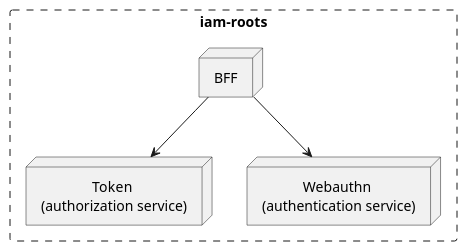
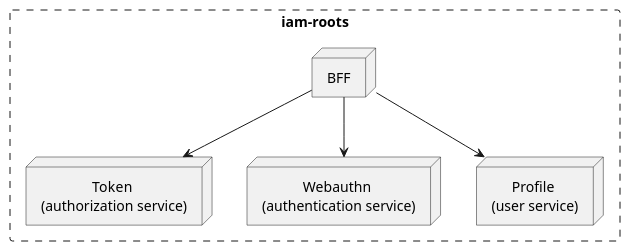
Before and after one commit to areugoh/proto: the first of 3 diagrams in proto/iam-roots/api/v1/design-doc.md, drawn with PlantUML. The commit also changed other lines of this file, not shown here.

Commit message:
change(iam-roots): add profile service

````diff
--- a/proto/iam-roots/api/v1/design-doc.md
+++ b/proto/iam-roots/api/v1/design-doc.md
@@ -7,15 +7,17 @@
 ```plantuml
 @startuml structure-details
 skinparam monochome false
 skinparam BoxPadding 10
 skinparam defaultTextAlignment center
 
 rectangle iam-roots #line.dashed {
     node "BFF" as BFF
     node "Token \n(authorization service)" as T
     node "Webauthn \n(authentication service)" as WA
+    node "Profile \n(user service)" as P
 
     BFF -d-> T
     BFF -d-> WA
+    BFF -d-> P
 }
 ```
````
